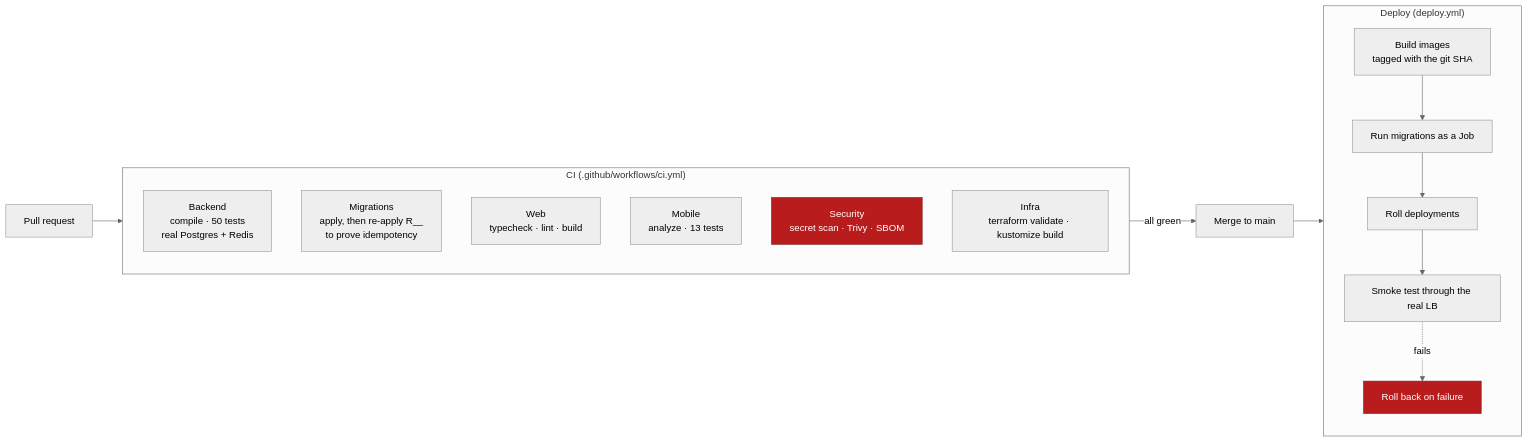
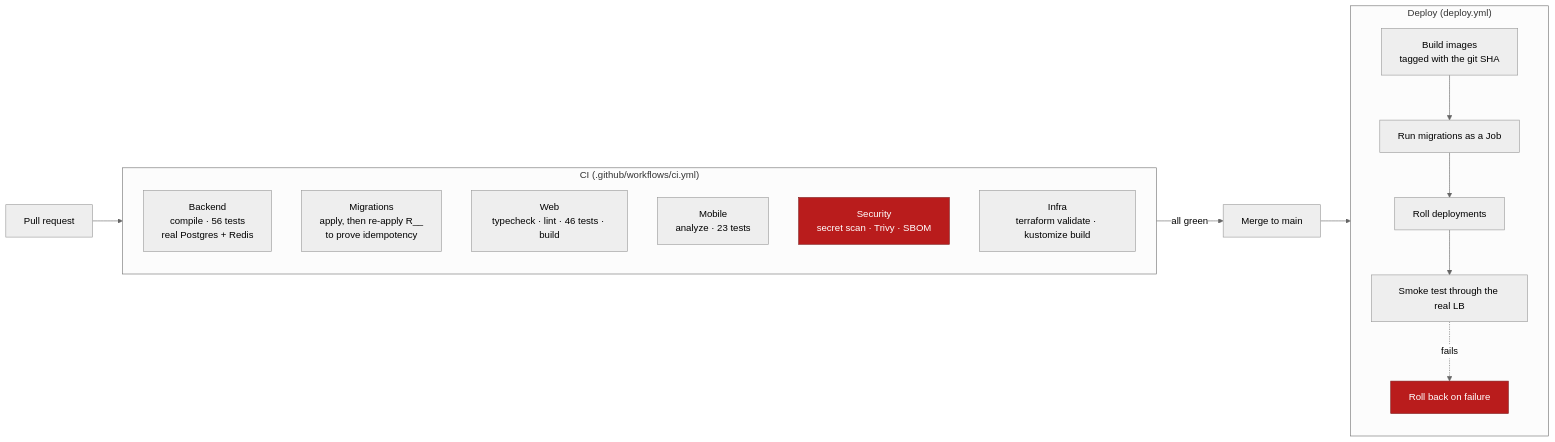
One commit to ahmedselimmansor-ctrl/Eshop-E-Comerce-NEXT.JS-Spring-Boot changed diagram 18 of 18 in README.md. Above: the diagram before and after it, drawn with Mermaid (neutral theme). The commit also changed other lines of this file and 16 other files, not shown here.

First line of the commit message:
Build the remaining mobile screens

````diff
--- a/README.md
+++ b/README.md
@@ -885,32 +885,32 @@
 ```mermaid
 flowchart LR
     PR["Pull request"] --> CI
 
     subgraph CI ["CI (.github/workflows/ci.yml)"]
         direction TB
-        BE["Backend<br/>compile · 50 tests<br/>real Postgres + Redis"]
+        BE["Backend<br/>compile · 56 tests<br/>real Postgres + Redis"]
         MIG["Migrations<br/>apply, then re-apply R__<br/>to prove idempotency"]
-        WEB["Web<br/>typecheck · lint · build"]
-        MOB["Mobile<br/>analyze · 13 tests"]
+        WEB["Web<br/>typecheck · lint · 46 tests · build"]
+        MOB["Mobile<br/>analyze · 23 tests"]
         SEC["Security<br/>secret scan · Trivy · SBOM"]
         INF["Infra<br/>terraform validate · kustomize build"]
     end
 
     CI -->|"all green"| MERGE["Merge to main"]
     MERGE --> DEPLOY
 
     subgraph DEPLOY ["Deploy (deploy.yml)"]
         direction TB
         IMG["Build images<br/>tagged with the git SHA"]
         DBJ["Run migrations as a Job"]
         ROLL["Roll deployments"]
         SMOKE["Smoke test through the real LB"]
         RB["Roll back on failure"]
     end
 
     IMG --> DBJ --> ROLL --> SMOKE
     SMOKE -.->|"fails"| RB
 
     style SEC fill:#b91c1c,stroke:#7f1d1d,color:#ffffff
     style RB fill:#b91c1c,stroke:#7f1d1d,color:#ffffff
 ```
````
